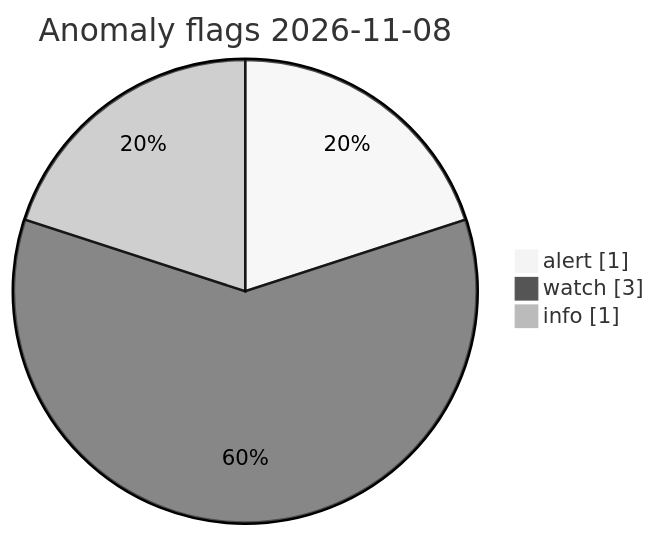
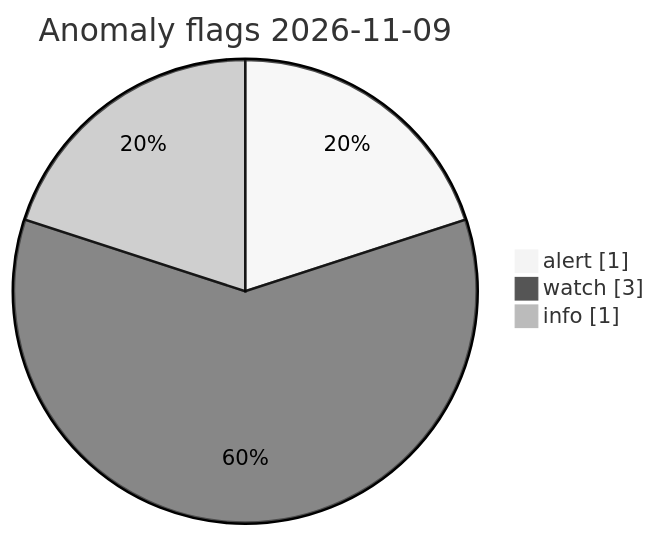
The diagram in visuals/latest/CHARTS.md (Midwest-Stratospheric/Unified-Open-Global-Weather), drawn with Mermaid (neutral theme) before and after one commit. The commit also changed other lines of this file and 23 other files, not shown here.

Commit message:
data(visuals): automated charts 2026-11-09T13:30Z

````diff
--- a/visuals/latest/CHARTS.md
+++ b/visuals/latest/CHARTS.md
@@ -73,7 +73,7 @@
 ```mermaid
 pie showData
-  title Anomaly flags 2026-11-08
+  title Anomaly flags 2026-11-09
   "alert" : 1
   "watch" : 3
   "info" : 1
 ```
````
